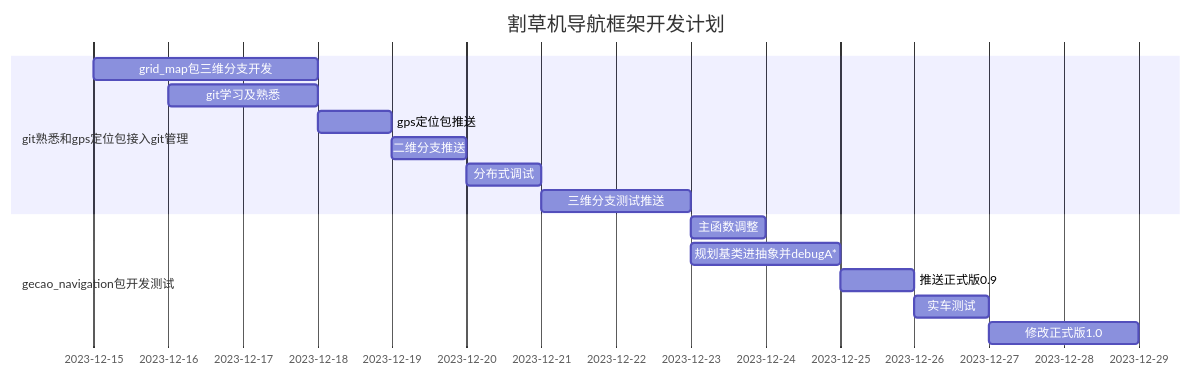
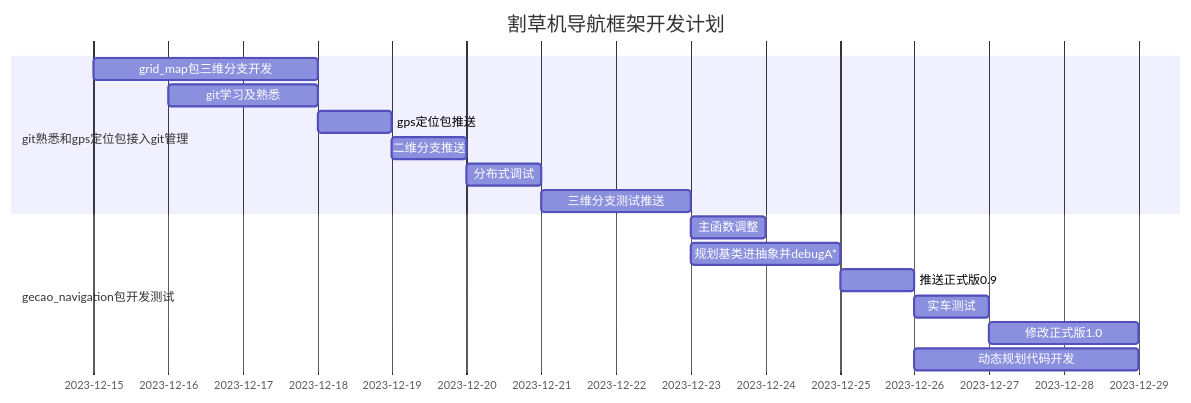
Before and after one commit to HM-Lii/grid_map: the diagram in DecPlan.md, drawn with Mermaid.

````diff
--- a/DecPlan.md
+++ b/DecPlan.md
@@ -1,19 +1,20 @@
 ```mermaid
 gantt
 	title  割草机导航框架开发计划
 	section git熟悉和gps定位包接入git管理
 		grid_map包三维分支开发 :2023-12-15,3d
 		git学习及熟悉 :2023-12-16,2d
 		gps定位包推送 :1d
 		二维分支推送 :1d
 		分布式调试 :1d
 		三维分支测试推送 :a1,2023-12-21,2d
 	section gecao_navigation包开发测试
 		主函数调整 :after a1,1d
 		规划基类进抽象并debugA* :after a1,2d
-		推送正式版0.9 :1d
+		推送正式版0.9 :b1,2023-12-25,1d
 		实车测试 :1d
 		修改正式版1.0 :2d
+		动态规划代码开发 :after b1,3d
 		
 	
 ```
````
